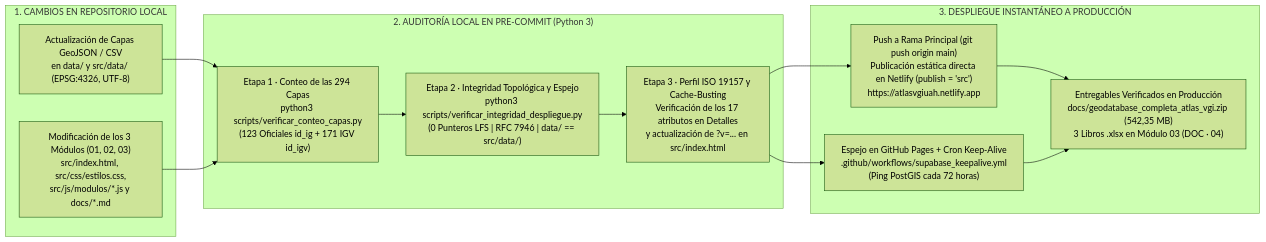
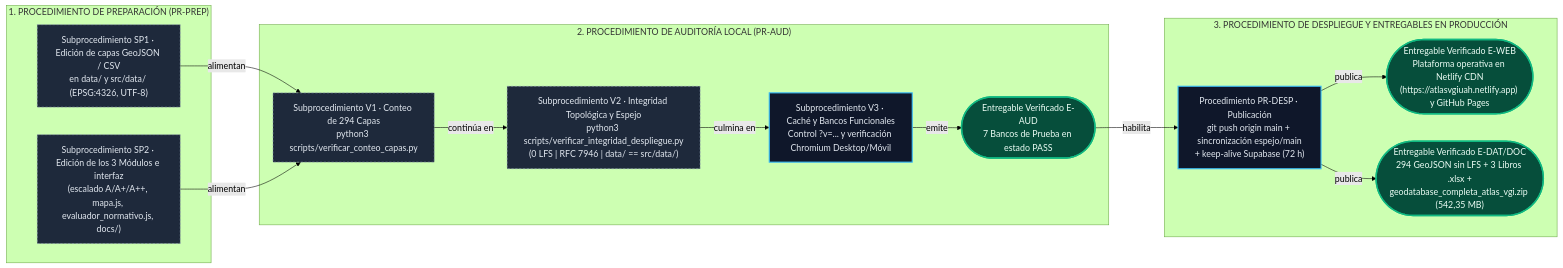
One commit to GEOJOTA/atlas-vgi-barrio-brasil changed the first of 2 diagrams in src/docs/PROTOCOL_INTEGRIDAD_Y_DESPLIEGUE.md. Above: the diagram before and after it, drawn with Mermaid (forest theme). The commit also changed other lines of this file and 44 other files, not shown here.

Commit message:
feat(atlas): lectura dinamica A/A+/A++, pausa puntual en Inspector PRC, mapa base en simbologia, capas VGI exhaustivas y flujo procedimiento-entregable (v74)

````diff
--- a/src/docs/PROTOCOL_INTEGRIDAD_Y_DESPLIEGUE.md
+++ b/src/docs/PROTOCOL_INTEGRIDAD_Y_DESPLIEGUE.md
@@ -20,22 +22,28 @@
 ```mermaid
 flowchart LR
-    subgraph IN["1. CAMBIOS EN REPOSITORIO LOCAL"]
-        E1["Actualización de Capas GeoJSON / CSV\nen data/ y src/data/ (EPSG:4326, UTF-8)"]
-        E2["Modificación de los 3 Módulos (01, 02, 03)\nsrc/index.html, src/css/estilos.css,\nsrc/js/modulos/*.js y docs/*.md"]
+    classDef subproc fill:#1e293b,stroke:#94a3b8,stroke-dasharray:4 3,color:#e2e8f0
+    classDef proc fill:#0f172a,stroke:#38bdf8,stroke-width:2px,color:#e2e8f0
+    classDef ent fill:#064e3b,stroke:#10b981,stroke-width:2.5px,color:#ecfdf5
+
+    subgraph PREP["1. PROCEDIMIENTO DE PREPARACIÓN (PR-PREP)"]
+        SP1["Subprocedimiento SP1 · Edición de capas GeoJSON / CSV\nen data/ y src/data/ (EPSG:4326, UTF-8)"]:::subproc
+        SP2["Subprocedimiento SP2 · Edición de los 3 Módulos e interfaz\n(escalado A/A+/A++, mapa.js, evaluador_normativo.js, docs/)"]:::subproc
     end
 
-    subgraph PROC["2. AUDITORÍA LOCAL EN PRE-COMMIT (Python 3)"]
-        V1["Etapa 1 · Conteo de las 294 Capas\npython3 scripts/verificar_conteo_capas.py\n(123 Oficiales id_ig + 171 IGV id_igv)"]
-        V2["Etapa 2 · Integridad Topológica y Espejo\npython3 scripts/verificar_integridad_despliegue.py\n(0 Punteros LFS | RFC 7946 | data/ == src/data/)"]
-        V3["Etapa 3 · Perfil ISO 19157 y Cache-Busting\nVerificación de los 17 atributos en Detalles\ny actualización de ?v=... en src/index.html"]
+    subgraph AUD["2. PROCEDIMIENTO DE AUDITORÍA LOCAL (PR-AUD)"]
+        V1["Subprocedimiento V1 · Conteo de 294 Capas\npython3 scripts/verificar_conteo_capas.py"]:::subproc
+        V2["Subprocedimiento V2 · Integridad Topológica y Espejo\npython3 scripts/verificar_integridad_despliegue.py\n(0 LFS | RFC 7946 | data/ == src/data/)"]:::subproc
+        V3["Subprocedimiento V3 · Caché y Bancos Funcionales\nControl ?v=... y verificación Chromium Desktop/Móvil"]:::proc
+        E_AUD(["Entregable Verificado E-AUD\n7 Bancos de Prueba en estado PASS"]):::ent
     end
 
-    subgraph OUT["3. DESPLIEGUE INSTANTÁNEO A PRODUCCIÓN"]
-        D1["Push a Rama Principal (git push origin main)\nPublicación estática directa en Netlify (publish = 'src')\nhttps://atlasvgiuah.netlify.app"]
-        D2["Espejo en GitHub Pages + Cron Keep-Alive\n.github/workflows/supabase_keepalive.yml\n(Ping PostGIS cada 72 horas)"]
-        D3["Entregables Verificados en Producción\ndocs/geodatabase_completa_atlas_vgi.zip (542,35 MB)\n3 Libros .xlsx en Módulo 03 (DOC · 04)"]
+    subgraph DESP["3. PROCEDIMIENTO DE DESPLIEGUE Y ENTREGABLES EN PRODUCCIÓN"]
+        P_PUB["Procedimiento PR-DESP · Publicación\ngit push origin main + sincronización espejo/main\n+ keep-alive Supabase (72 h)"]:::proc
+        D_WEB(["Entregable Verificado E-WEB\nPlataforma operativa en Netlify CDN\n(https://atlasvgiuah.netlify.app) y GitHub Pages"]):::ent
+        D_ARC(["Entregable Verificado E-DAT/DOC\n294 GeoJSON sin LFS + 3 Libros .xlsx +\ngeodatabase_completa_atlas_vgi.zip (542,35 MB)"]):::ent
     end
 
-    E1 & E2 --> V1 --> V2 --> V3
-    V3 --> D1 & D2 --> D3
+    SP1 & SP2 -->|"alimentan"| V1 -->|"continúa en"| V2 -->|"culmina en"| V3 -->|"emite"| E_AUD
+    E_AUD -->|"habilita"| P_PUB
+    P_PUB -->|"publica"| D_WEB & D_ARC
 ```
````
